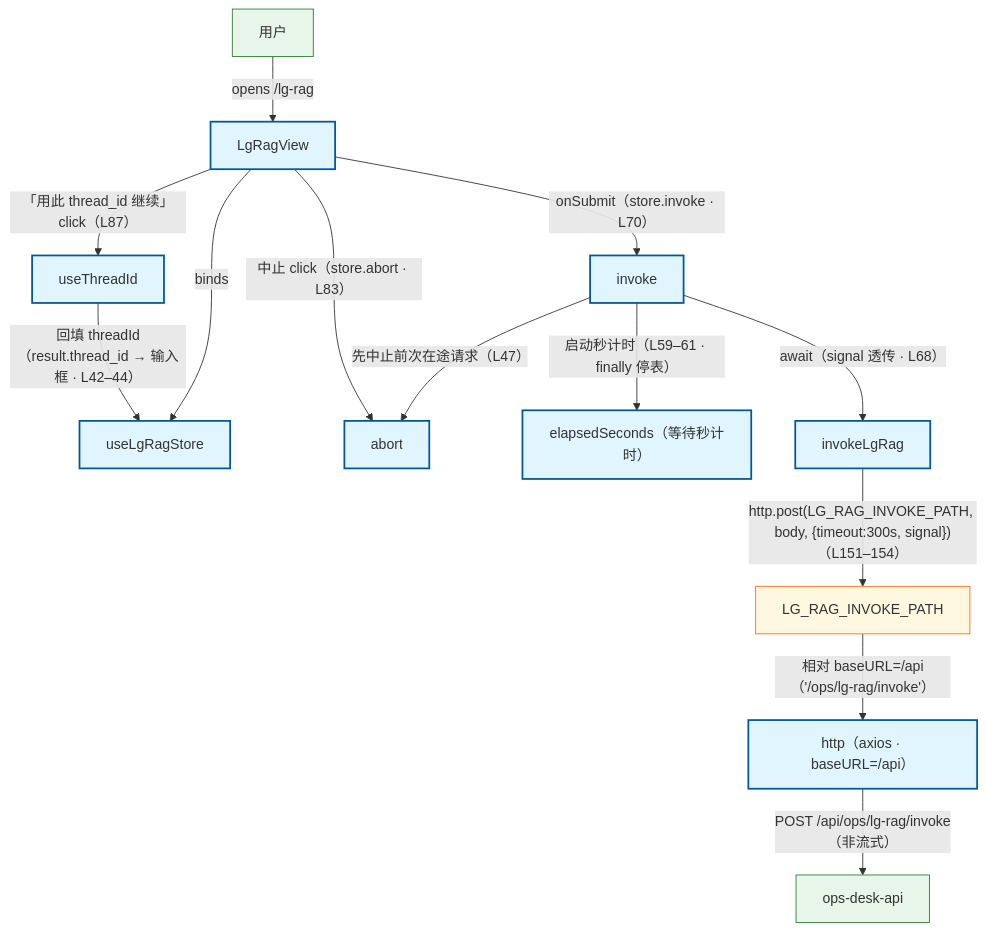
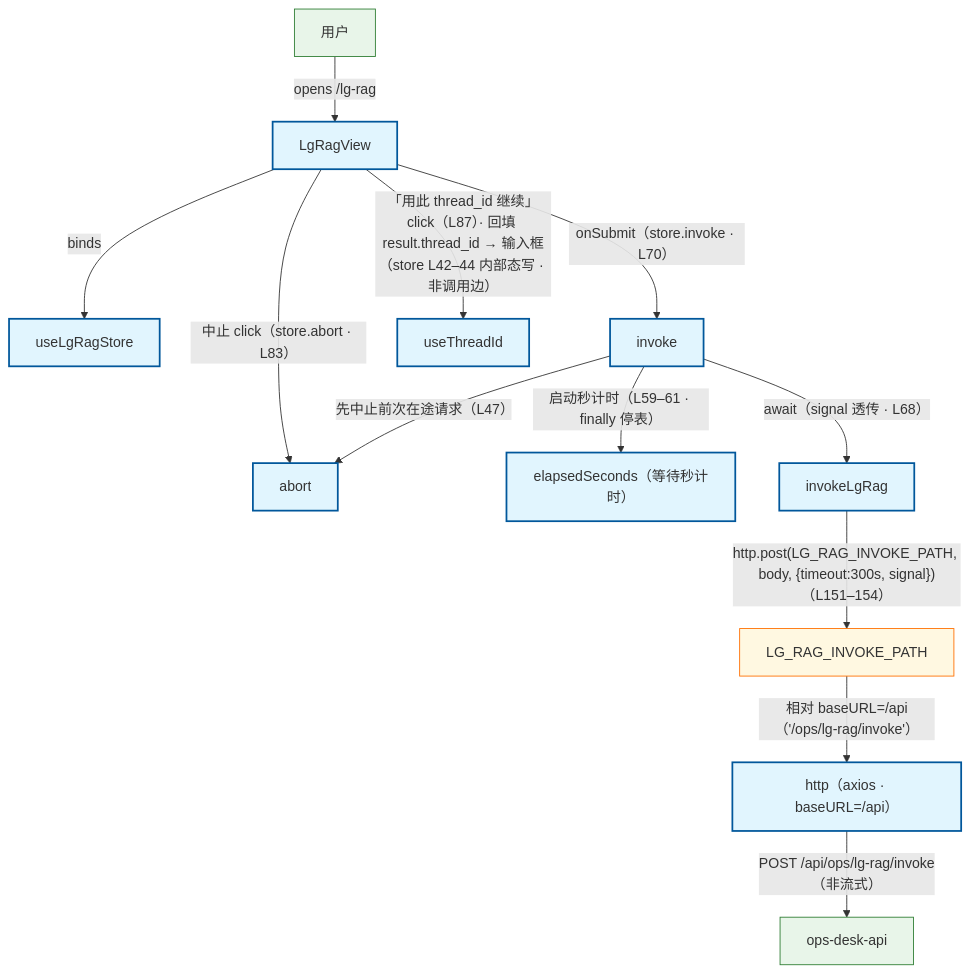
Before and after one commit to Cyning12/ops-desk-web: the diagram in docs/_tech_graph/l1/10_flow_lg_rag.md, drawn with Mermaid. The commit also changed other lines of this file and 33 other files, not shown here.

````diff
--- a/docs/_tech_graph/l1/10_flow_lg_rag.md
+++ b/docs/_tech_graph/l1/10_flow_lg_rag.md
@@ -14,34 +14,33 @@
 ```mermaid
 flowchart TB
     user["用户"]
     lg_rag_view["LgRagView"]
     lg_rag_store["useLgRagStore"]
     invoke_action["invoke"]
     abort_action["abort"]
     use_thread_id["useThreadId"]
     elapsed_timer["elapsedSeconds（等待秒计时）"]
     invoke_api["invokeLgRag"]
     invoke_path["LG_RAG_INVOKE_PATH"]
     http_client["http（axios · baseURL=/api）"]
     ops_api["ops-desk-api"]
 
     user -->|"opens /lg-rag"| lg_rag_view
     lg_rag_view -->|"binds"| lg_rag_store
     lg_rag_view -->|"onSubmit（store.invoke · L70）"| invoke_action
     invoke_action -->|"先中止前次在途请求（L47）"| abort_action
     invoke_action -->|"启动秒计时（L59–61 · finally 停表）"| elapsed_timer
     invoke_action -->|"await（signal 透传 · L68）"| invoke_api
     invoke_api -->|"http.post(LG_RAG_INVOKE_PATH, body, {timeout:300s, signal})（L151–154）"| invoke_path
     invoke_path -->|"相对 baseURL=/api（'/ops/lg-rag/invoke'）"| http_client
     http_client -->|"POST /api/ops/lg-rag/invoke（非流式）"| ops_api
     lg_rag_view -->|"中止 click（store.abort · L83）"| abort_action
-    lg_rag_view -->|"「用此 thread_id 继续」click（L87）"| use_thread_id
-    use_thread_id -->|"回填 threadId（result.thread_id → 输入框 · L42–44）"| lg_rag_store
+    lg_rag_view -->|"「用此 thread_id 继续」click（L87）· 回填 result.thread_id → 输入框（store L42–44 内部态写 · 非调用边）"| use_thread_id
 
     classDef phase fill:#e1f5fe,stroke:#01579b,stroke-width:2px
     classDef doc fill:#fff8e1,stroke:#ff6f00,stroke-width:1px
     classDef infra fill:#e8f5e9,stroke:#2e7d32,stroke-width:1px
     class lg_rag_view,lg_rag_store,invoke_action,abort_action,use_thread_id,elapsed_timer,invoke_api,http_client phase
     class invoke_path doc
     class user,ops_api infra
 ```
````
